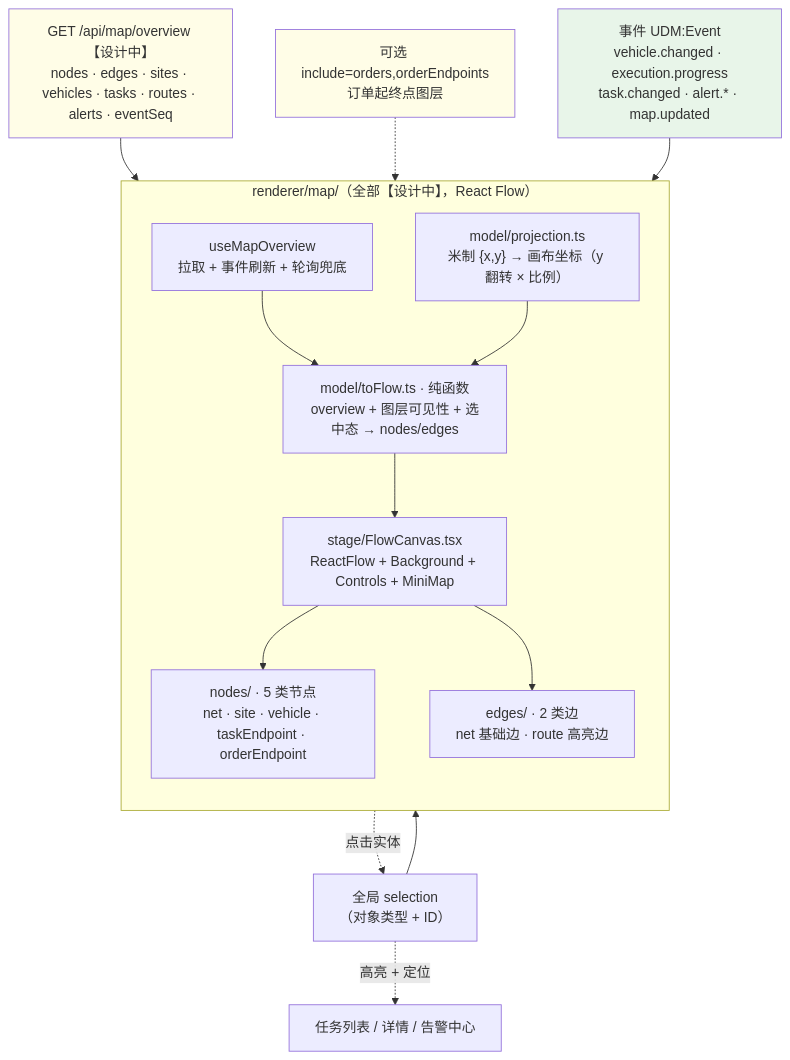
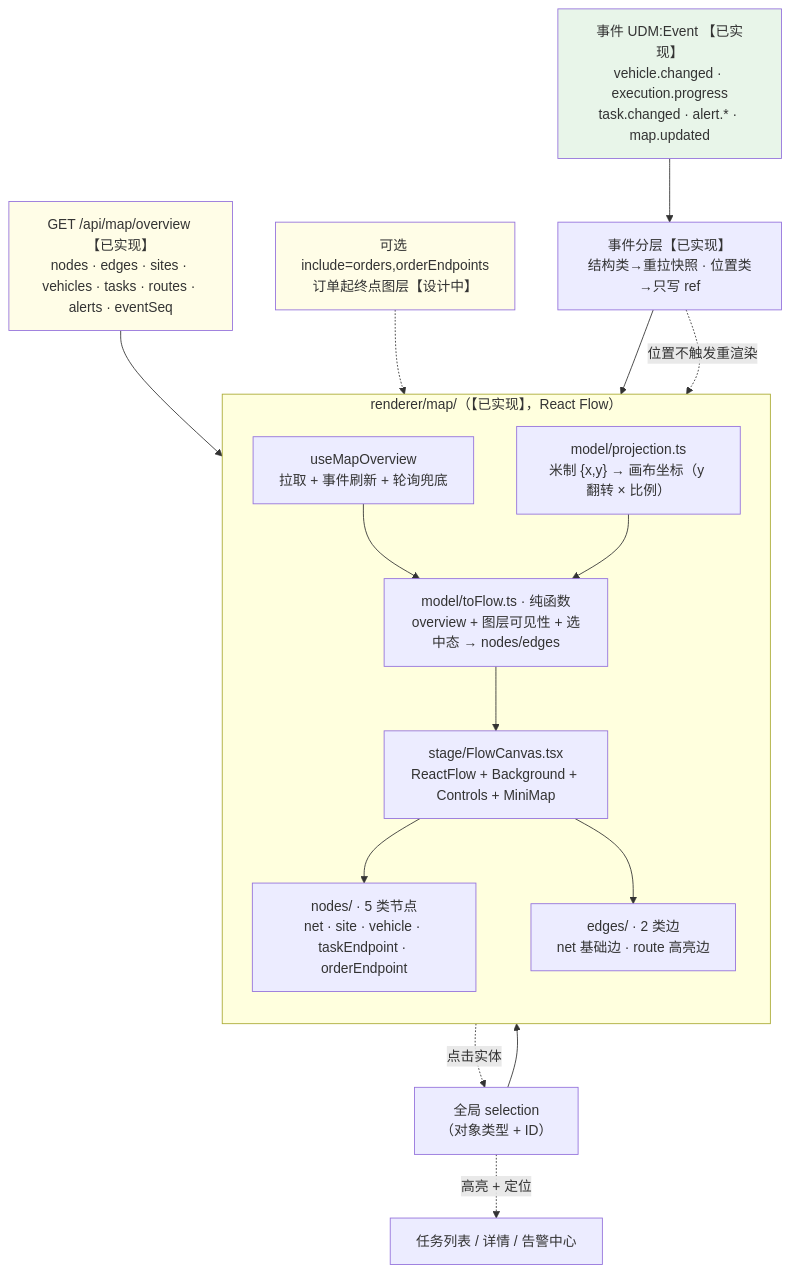
Before and after one commit to sunstflower/831: diagram 17 of 23 in docs/architecture.md, drawn with Mermaid. The commit also changed other lines of this file and 8 other files, not shown here.

````diff
--- a/docs/architecture.md
+++ b/docs/architecture.md
@@ -769,35 +770,38 @@
 ```mermaid
 flowchart TB
-  OV["GET /api/map/overview 【设计中】<br/>nodes · edges · sites · vehicles · tasks · routes · alerts · eventSeq"]
-  OV2["可选 include=orders,orderEndpoints<br/>订单起终点图层"]
+  OV["GET /api/map/overview 【已实现】<br/>nodes · edges · sites · vehicles · tasks · routes · alerts · eventSeq"]
+  OV2["可选 include=orders,orderEndpoints<br/>订单起终点图层【设计中】"]
 
-  subgraph MAP["renderer/map/（全部【设计中】，React Flow）"]
+  subgraph MAP["renderer/map/（【已实现】，React Flow）"]
     direction TB
     HOOK["useMapOverview<br/>拉取 + 事件刷新 + 轮询兜底"]
     TOFLOW["model/toFlow.ts · 纯函数<br/>overview + 图层可见性 + 选中态 → nodes/edges"]
     PROJ["model/projection.ts<br/>米制 {x,y} → 画布坐标（y 翻转 × 比例）"]
     CANVAS["stage/FlowCanvas.tsx<br/>ReactFlow + Background + Controls + MiniMap"]
     NT["nodes/ · 5 类节点<br/>net · site · vehicle · taskEndpoint · orderEndpoint"]
     ET["edges/ · 2 类边<br/>net 基础边 · route 高亮边"]
   end
 
-  EV["事件 UDM:Event<br/>vehicle.changed · execution.progress<br/>task.changed · alert.* · map.updated"]
+  EV["事件 UDM:Event 【已实现】<br/>vehicle.changed · execution.progress<br/>task.changed · alert.* · map.updated"]
+  BOUND["事件分层【已实现】<br/>结构类→重拉快照 · 位置类→只写 ref"]
   SEL["全局 selection<br/>（对象类型 + ID）"]
   LIST["任务列表 / 详情 / 告警中心"]
 
   OV --> HOOK
   OV2 -.-> HOOK
-  EV --> HOOK
+  EV --> BOUND
+  BOUND --> HOOK
+  BOUND -. 位置不触发重渲染 .-> TOFLOW
   HOOK --> TOFLOW
   PROJ --> TOFLOW
   SEL --> TOFLOW
   TOFLOW --> CANVAS
   CANVAS --> NT
   CANVAS --> ET
   CANVAS -. 点击实体 .-> SEL
   SEL -. 高亮 + 定位 .-> LIST
 
   style OV fill:#fffde7
   style OV2 fill:#fffde7
   style EV fill:#e8f5e9
 ```
````
